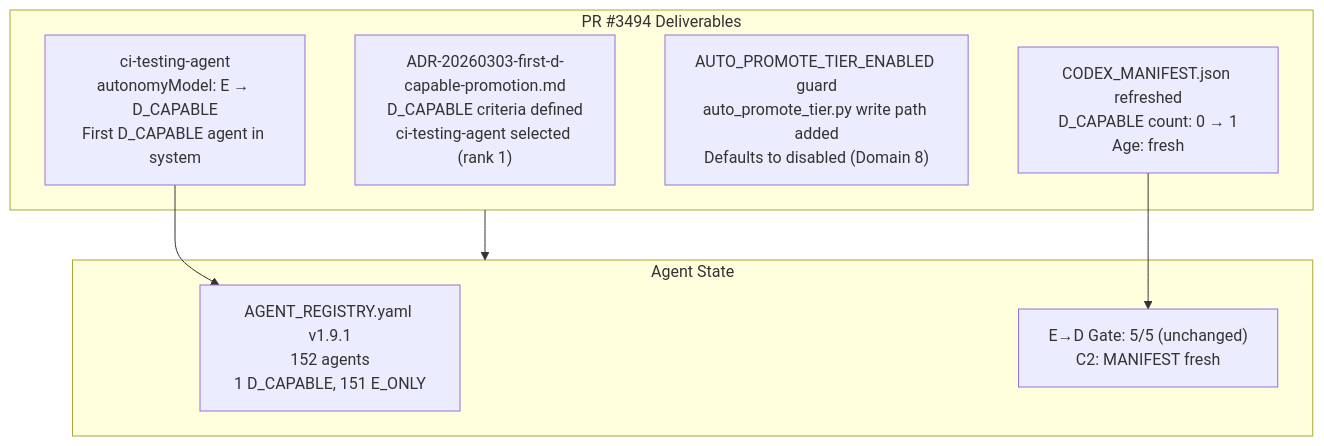
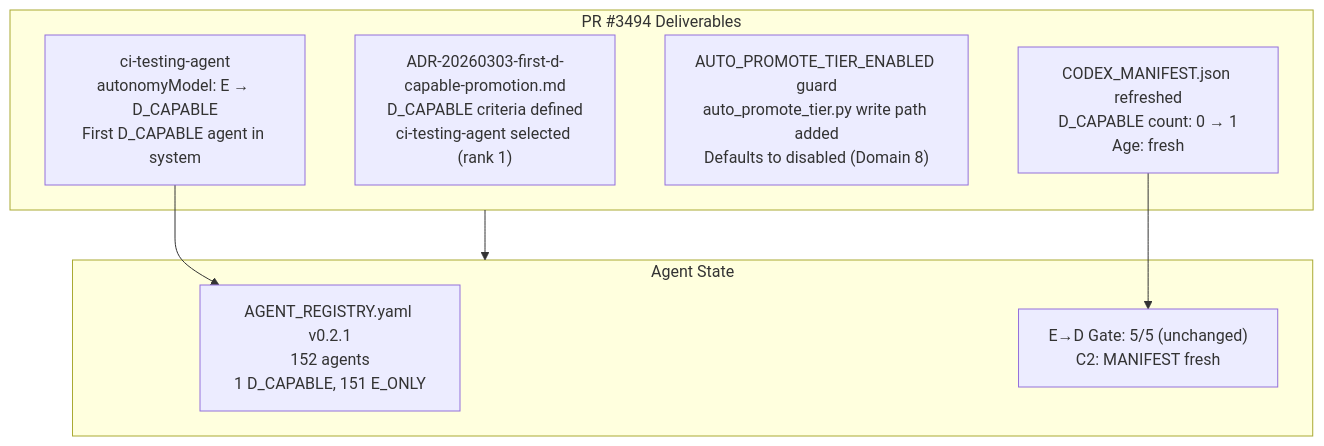
The diagram in docs/cognitive_brain/status/COGNITIVE_BRAIN_STATUS_PR3494.md (Aries-Serpent/_codex_), drawn with Mermaid before and after one commit. The commit also changed other lines of this file and 1989 other files, not shown here.

````diff
--- a/docs/cognitive_brain/status/COGNITIVE_BRAIN_STATUS_PR3494.md
+++ b/docs/cognitive_brain/status/COGNITIVE_BRAIN_STATUS_PR3494.md
@@ -33,19 +33,19 @@
 ```mermaid
 %%{init: {'accessibility': {'title': 'Diagram showing "PR #3494 Deliverables", " ADR-20260303-first-d-capable-promotion.md\nD_CAPABLE criteria defined\nci-testing-agent selected (rank 1)"'}}%%
 graph TB
     subgraph PR3494["PR #3494 Deliverables"]
         ADR[" ADR-20260303-first-d-capable-promotion.md\nD_CAPABLE criteria defined\nci-testing-agent selected (rank 1)"]
         DCAP[" ci-testing-agent\nautonomyModel: E → D_CAPABLE\nFirst D_CAPABLE agent in system"]
         GUARD[" AUTO_PROMOTE_TIER_ENABLED guard\nauto_promote_tier.py write path added\nDefaults to disabled (Domain 8)"]
         MAN[" CODEX_MANIFEST.json refreshed\nD_CAPABLE count: 0 → 1\nAge: fresh"]
     end
 
     subgraph AGENTS["Agent State"]
-        REG["AGENT_REGISTRY.yaml v1.9.1\n152 agents\n1 D_CAPABLE, 151 E_ONLY"]
+        REG["AGENT_REGISTRY.yaml v0.2.1\n152 agents\n1 D_CAPABLE, 151 E_ONLY"]
         GATES["E→D Gate: 5/5  (unchanged)\nC2: MANIFEST fresh"]
     end
 
     PR3494 --> AGENTS
     DCAP --> REG
     MAN --> GATES
 ```
````
